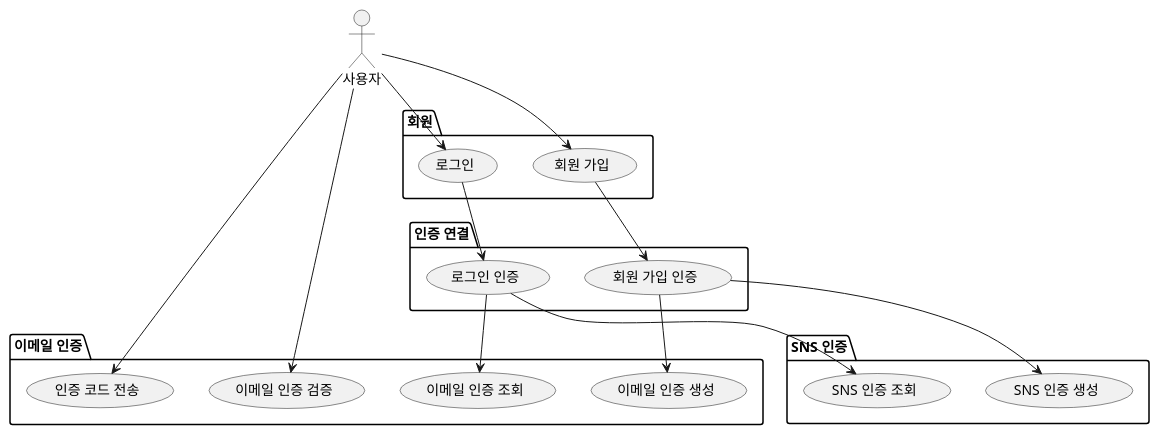
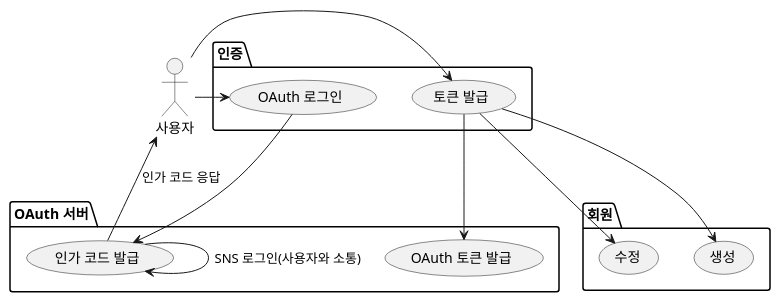
Before and after one commit to dykim-base-project/boot2-hexagonal: the diagram in .uml/UseCase.puml, drawn with PlantUML. The commit also changed 8 other files, not shown here.

```diff
--- a/.uml/UseCase.puml
+++ b/.uml/UseCase.puml
@@ -1,42 +1,30 @@
 @startuml
+'https://plantuml.com/use-case-diagram
 
 actor "사용자" as user
 
 package "회원" as member {
-  (회원 가입) as signup
-  (로그인) as login
+  usecase (생성) as memberCreate
+  usecase (수정) as memberModify
 }
 
-package "인증 연결" as auth_connector {
-  (회원 가입 인증) as signup_auth
-  (로그인 인증) as login_auth
+package "인증" as auth {
+  usecase (OAuth 로그인) as oauthLogin
+  usecase (토큰 발급) as issueAuthToken
 }
 
-package "이메일 인증" as email_auth {
-  (인증 코드 전송) as sendAuthCode
-  (이메일 인증 검증) as validateEmailAuth
-  (이메일 인증 생성) as createEmailAuth
-  (이메일 인증 조회) as getEmailAuth
-'  (이메일 인증 수정) as updateEmailAuth
-'  (이메일 인증 삭제) as deleteEmailAuth
+package "OAuth 서버" as oauth {
+  usecase (인가 코드 발급) as issueOAuthCode
+  usecase (OAuth 토큰 발급) as issueOAuthToken
 }
 
-package "SNS 인증" as sns_auth {
-  (SNS 인증 생성) as createSnsAuth
-  (SNS 인증 조회) as getSnsAuth
-'  (SNS 인증 수정) as updateSnsAuth
-'  (SNS 인증 삭제) as deleteSnsAuth
-}
-user -> sendAuthCode
-user --> validateEmailAuth
+user -> oauthLogin
+oauthLogin --> issueOAuthCode
+issueOAuthCode -> issueOAuthCode: SNS 로그인(사용자와 소통)
+issueOAuthCode --> user: 인가 코드 응답
+user --> issueAuthToken
+issueAuthToken --> issueOAuthToken
+issueAuthToken --> memberCreate
+issueAuthToken -> memberModify
 
-user -> signup
-signup --> signup_auth
-signup_auth --> createEmailAuth
-signup_auth --> createSnsAuth
-
-user --> login
-login --> login_auth
-login_auth --> getEmailAuth
-login_auth --> getSnsAuth
 @enduml
```
